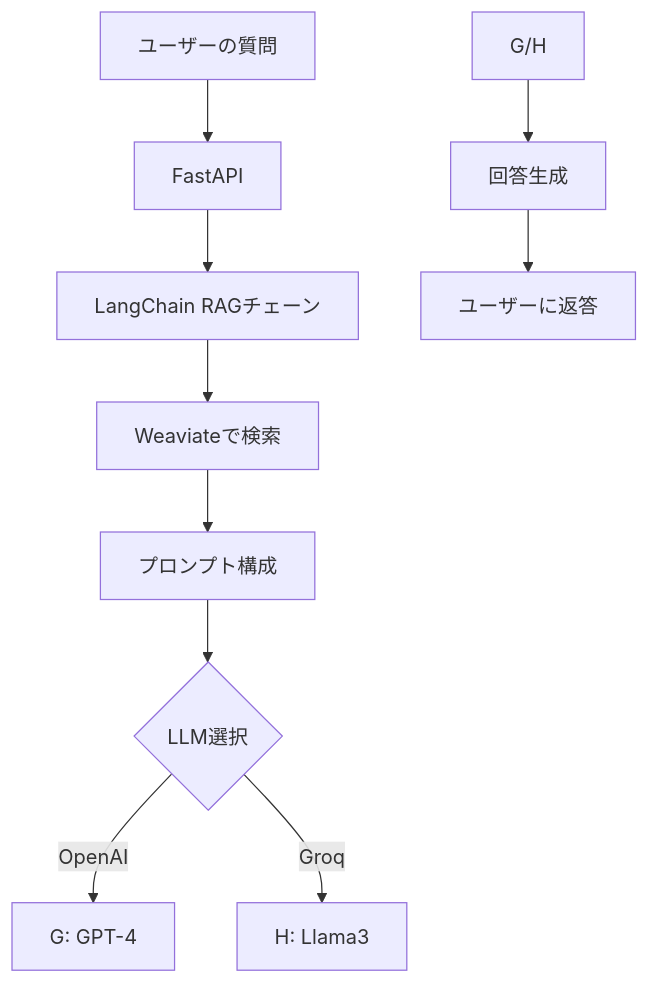
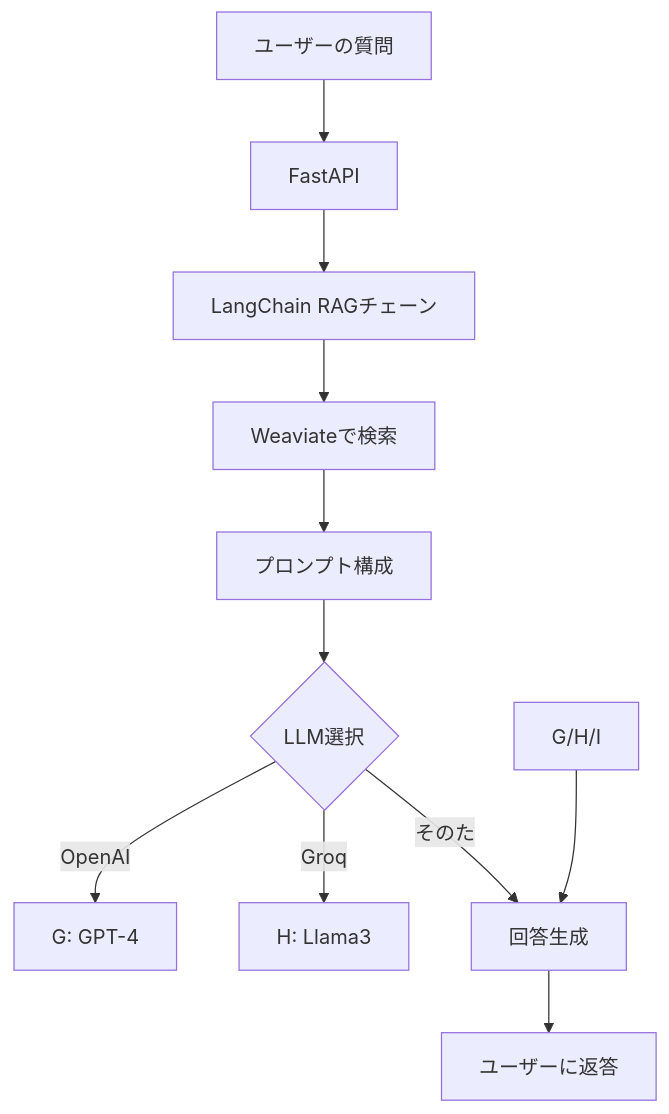
The diagram in README.md (8alfalfa8/freeAiChat), drawn with Mermaid before and after one commit.

````diff
--- a/README.md
+++ b/README.md
@@ -92,12 +92,13 @@
 ```mermaid
 graph TD
 A[ユーザーの質問] --> B[FastAPI]
 B --> C[LangChain RAGチェーン]
 C --> D[Weaviateで検索]
 D --> E[プロンプト構成]
 E --> F{LLM選択}
 F -->|OpenAI| G[ G: GPT-4]
 F -->|Groq| H[ H: Llama3]
-G/H --> I[回答生成]
+F -->|そのた| I[ I: ・・・]
+G/H/I --> I[回答生成]
 I --> J[ユーザーに返答]
 ```
````
